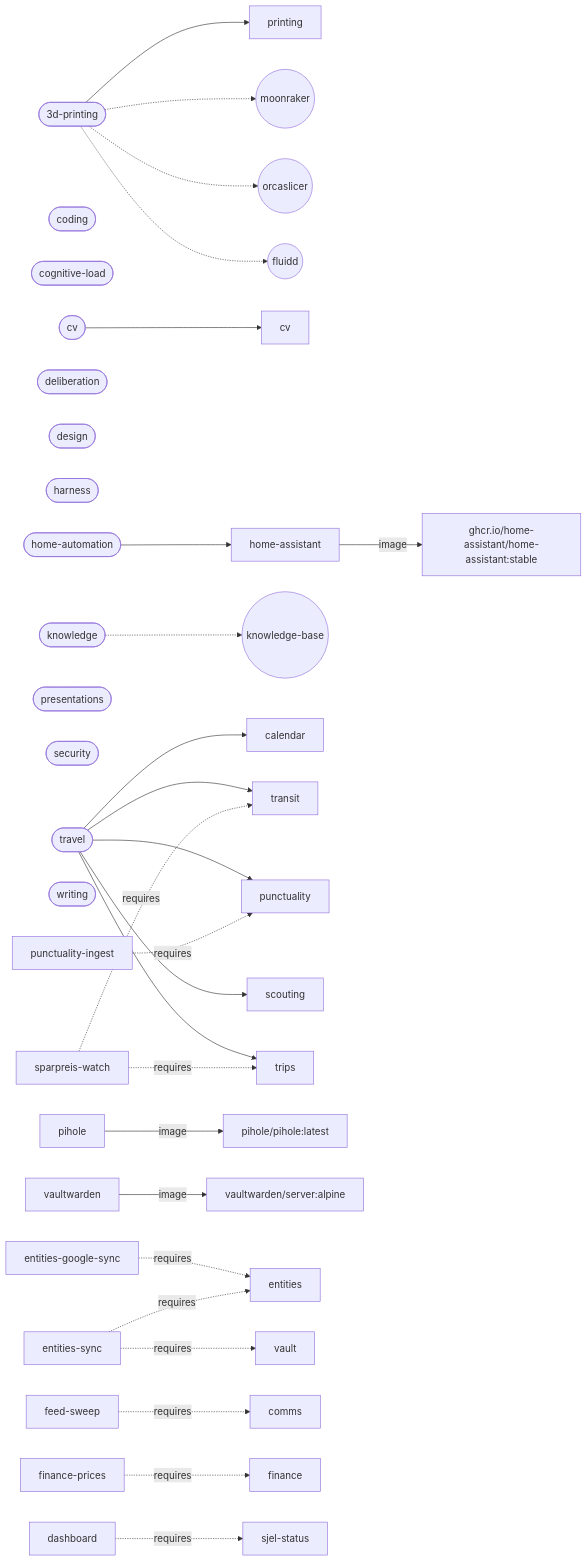
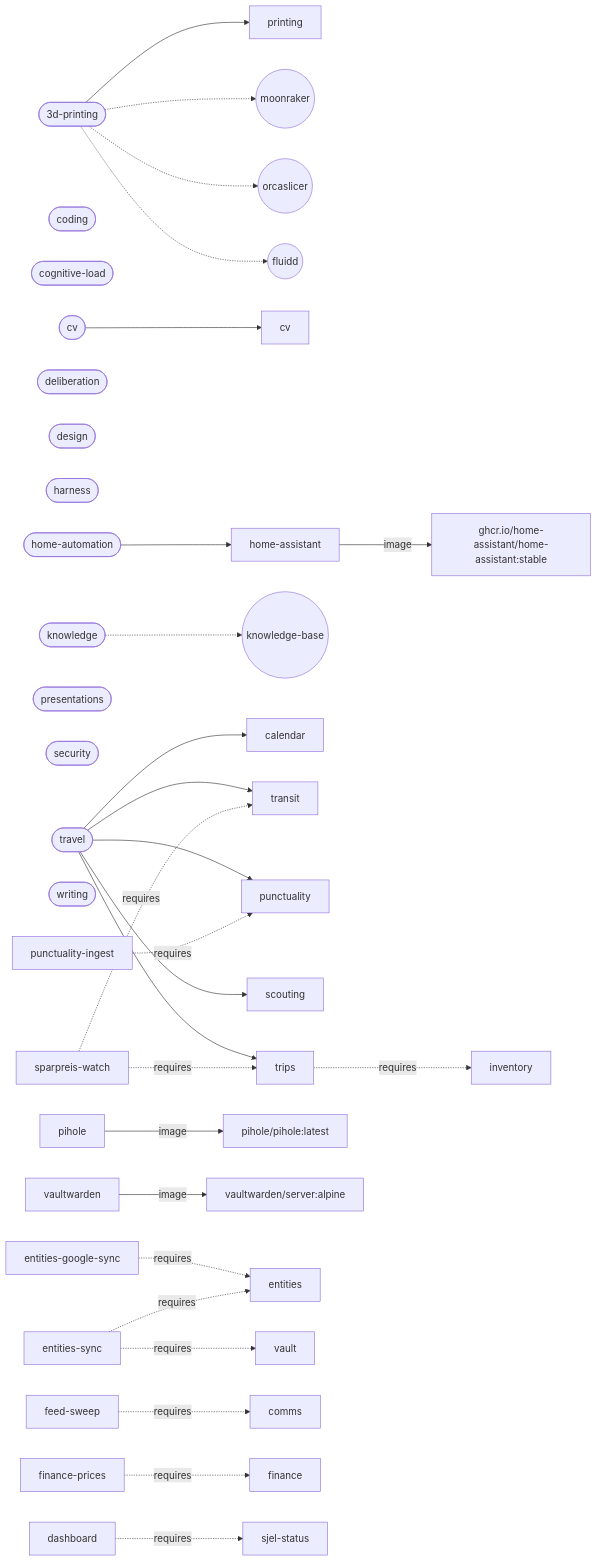
Before and after one commit to larsboes/Sjel: the diagram in ARCHITECTURE.md, drawn with Mermaid. The commit also changed other lines of this file and 43 other files, not shown here.

````diff
--- a/ARCHITECTURE.md
+++ b/ARCHITECTURE.md
@@ -166,40 +166,41 @@
 ```mermaid
 flowchart LR
   pack_3d_printing(["3d-printing"])
   pack_3d_printing --> cap_printing["printing"]
   pack_3d_printing -.-> sys_moonraker(("moonraker"))
   pack_3d_printing -.-> sys_orcaslicer(("orcaslicer"))
   pack_3d_printing -.-> sys_fluidd(("fluidd"))
   pack_coding(["coding"])
   pack_cognitive_load(["cognitive-load"])
   pack_cv(["cv"])
   pack_cv --> cap_cv["cv"]
   pack_deliberation(["deliberation"])
   pack_design(["design"])
   pack_harness(["harness"])
   pack_home_automation(["home-automation"])
   pack_home_automation --> cap_home_assistant["home-assistant"]
   pack_knowledge(["knowledge"])
   pack_knowledge -.-> sys_knowledge_base(("knowledge-base"))
   pack_presentations(["presentations"])
   pack_security(["security"])
   pack_travel(["travel"])
   pack_travel --> cap_calendar["calendar"]
   pack_travel --> cap_transit["transit"]
   pack_travel --> cap_punctuality["punctuality"]
   pack_travel --> cap_scouting["scouting"]
   pack_travel --> cap_trips["trips"]
   pack_writing(["writing"])
   cap_home_assistant["home-assistant"] -->|image| img_ghcr_io_home_assistant_home_assistant["ghcr.io/home-assistant/home-assistant:stable"]
   cap_pihole["pihole"] -->|image| img_pihole_pihole["pihole/pihole:latest"]
   cap_vaultwarden["vaultwarden"] -->|image| img_vaultwarden_server["vaultwarden/server:alpine"]
   cap_entities_google_sync["entities-google-sync"] -.->|requires| cap_entities["entities"]
   cap_entities_sync["entities-sync"] -.->|requires| cap_vault["vault"]
   cap_entities_sync["entities-sync"] -.->|requires| cap_entities["entities"]
   cap_feed_sweep["feed-sweep"] -.->|requires| cap_comms["comms"]
   cap_finance_prices["finance-prices"] -.->|requires| cap_finance["finance"]
   cap_punctuality_ingest["punctuality-ingest"] -.->|requires| cap_punctuality["punctuality"]
   cap_sparpreis_watch["sparpreis-watch"] -.->|requires| cap_transit["transit"]
   cap_sparpreis_watch["sparpreis-watch"] -.->|requires| cap_trips["trips"]
+  cap_trips["trips"] -.->|requires| cap_inventory["inventory"]
   cap_dashboard["dashboard"] -.->|requires| cap_sjel_status["sjel-status"]
 ```
````
